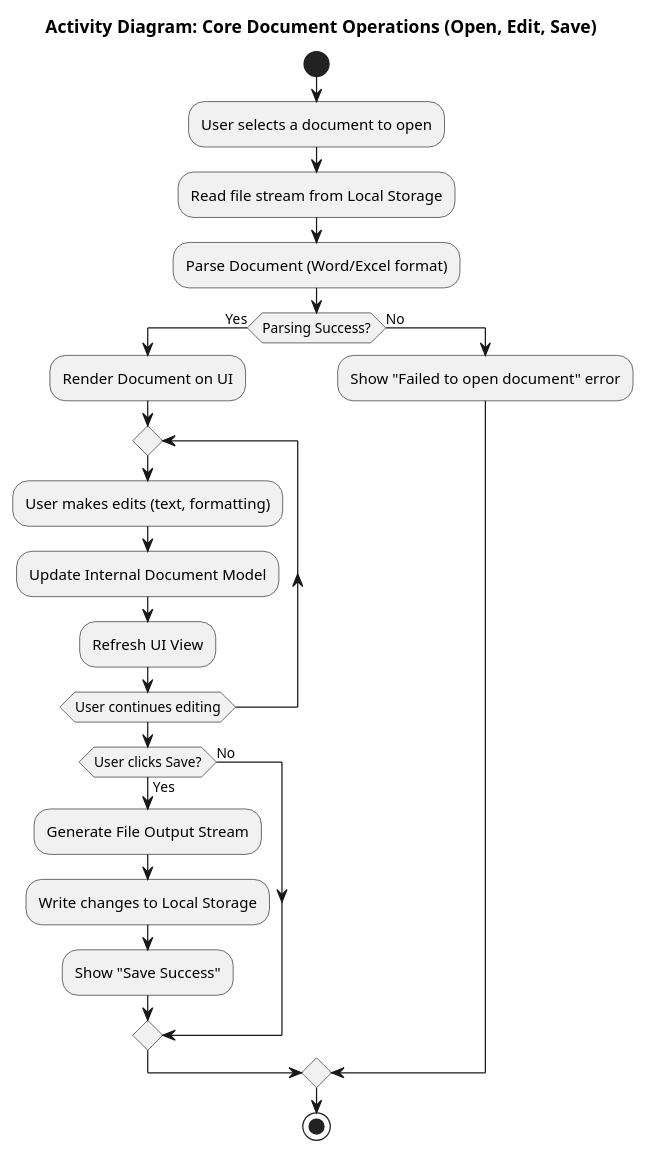
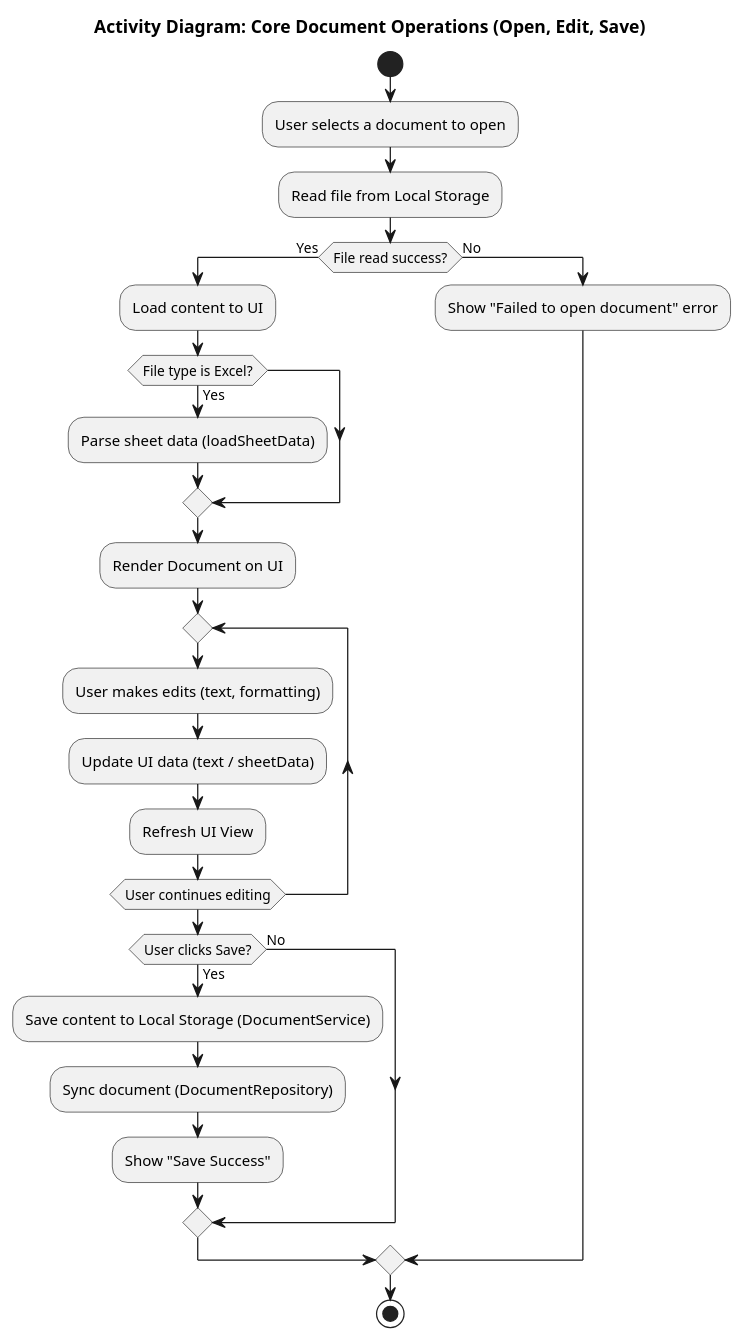
The diagram in _docs/Activity/AD_FileEdit.puml (LuuQuangTien/FileEditorApp), drawn with PlantUML before and after one commit. The commit also changed 21 other files, not shown here.

```diff
--- a/_docs/Activity/AD_FileEdit.puml
+++ b/_docs/Activity/AD_FileEdit.puml
@@ -1,30 +1,35 @@
 @startuml
 title Activity Diagram: Core Document Operations (Open, Edit, Save)
 
 start
 :User selects a document to open;
-:Read file stream from Local Storage;
-:Parse Document (Word/Excel format);
+:Read file from Local Storage;
 
-if (Parsing Success?) then (Yes)
+if (File read success?) then (Yes)
+  :Load content to UI;
+
+  if (File type is Excel?) then (Yes)
+    :Parse sheet data (loadSheetData);
+  endif
+
   :Render Document on UI;
-  
+
   repeat
     :User makes edits (text, formatting);
-    :Update Internal Document Model;
+    :Update UI data (text / sheetData);
     :Refresh UI View;
   repeat while (User continues editing)
-  
+
   if (User clicks Save?) then (Yes)
-    :Generate File Output Stream;
-    :Write changes to Local Storage;
+    :Save content to Local Storage (DocumentService);
+    :Sync document (DocumentRepository);
     :Show "Save Success";
   else (No)
   endif
-  
+
 else (No)
   :Show "Failed to open document" error;
 endif
 
 stop
 @enduml
```
